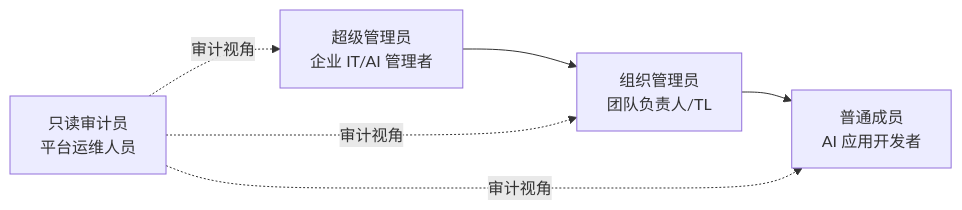
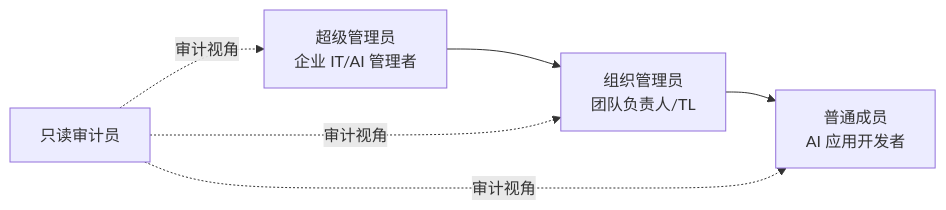
Before and after one commit to quyip8818/mytokenjoy: the first of 15 diagrams in docs/TokenJoy-PRD.md, drawn with Mermaid. The commit also changed other lines of this file and 7 other files, not shown here.

````diff
--- a/docs/TokenJoy-PRD.md
+++ b/docs/TokenJoy-PRD.md
@@ -36,8 +40,8 @@
 ```mermaid
 graph LR
     A[超级管理员<br/>企业 IT/AI 管理者] --> B[组织管理员<br/>团队负责人/TL]
     B --> C[普通成员<br/>AI 应用开发者]
-    D[只读审计员<br/>平台运维人员] -.->|审计视角| A
+    D[只读审计员] -.->|审计视角| A
     D -.->|审计视角| B
     D -.->|审计视角| C
 ```
````
